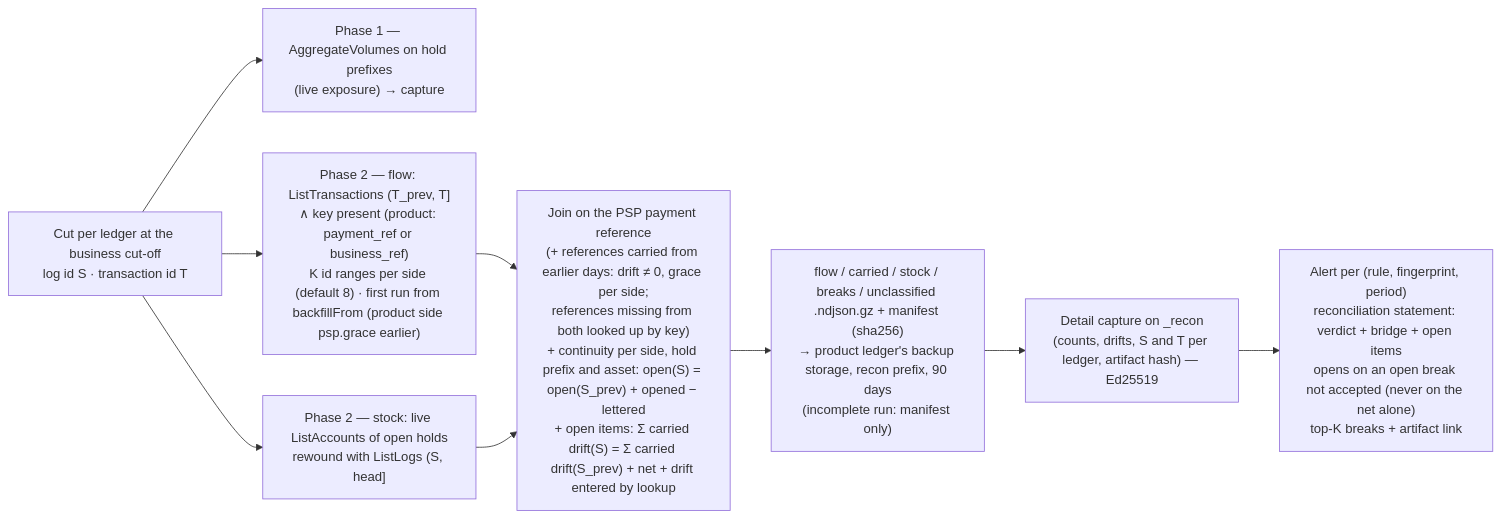
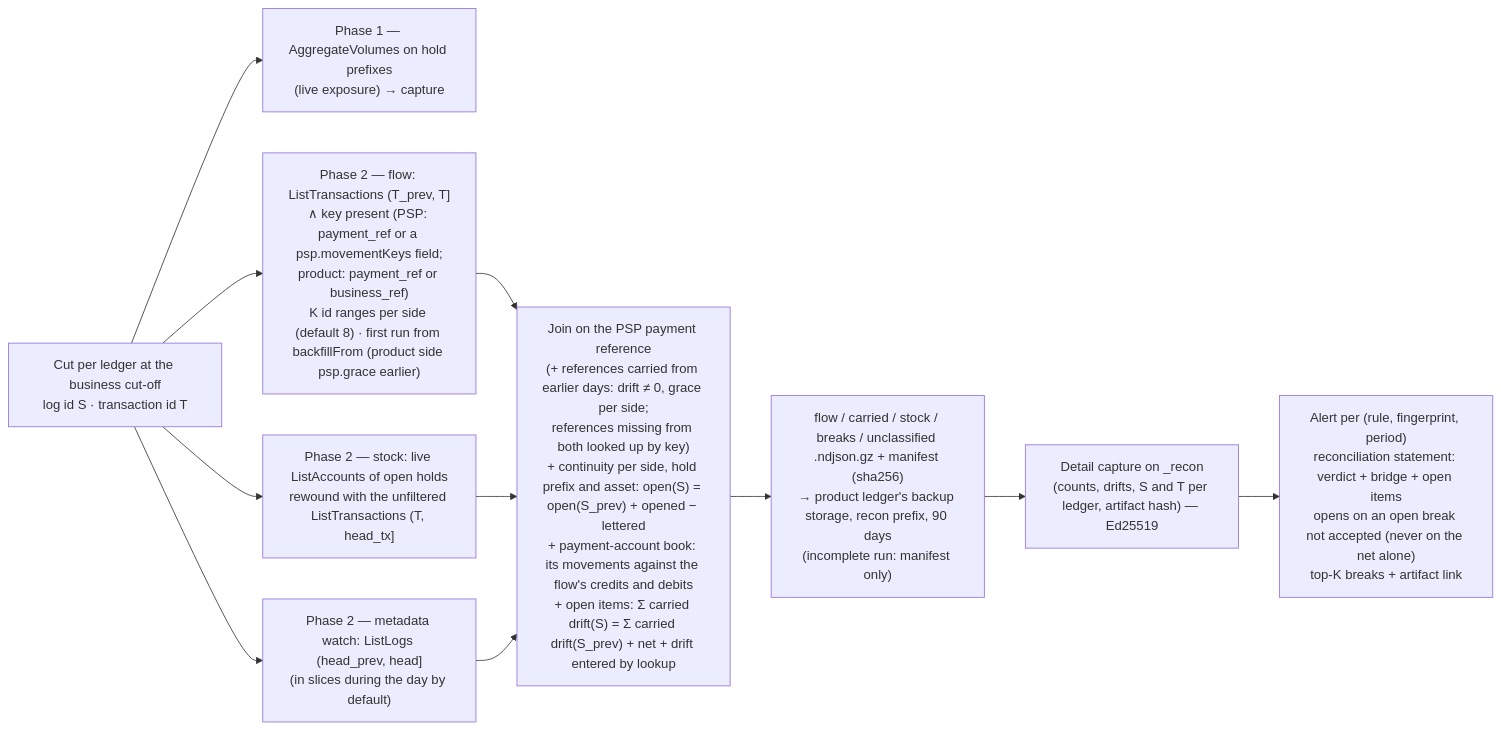
One commit to formancehq/reconciliation changed the ninth of 9 diagrams in docs/technical/workflows.md. Above: the diagram before and after it, drawn with Mermaid. The commit also changed other lines of this file and 5 other files, not shown here.

````diff
--- a/docs/technical/workflows.md
+++ b/docs/technical/workflows.md
@@ -326,11 +326,13 @@
 ```mermaid
 flowchart LR
     Cut["Cut per ledger at the business cut-off<br/>log id S · transaction id T"] --> Agg["Phase 1 — AggregateVolumes on hold prefixes<br/>(live exposure) → capture"]
-    Cut --> Flow["Phase 2 — flow: ListTransactions (T_prev, T]<br/>∧ key present (product: payment_ref or business_ref)<br/>K id ranges per side (default 8) · first run from backfillFrom (product side psp.grace earlier)"]
-    Cut --> Stock["Phase 2 — stock: live ListAccounts of open holds<br/>rewound with ListLogs (S, head]"]
-    Flow --> Join["Join on the PSP payment reference<br/>(+ references carried from earlier days: drift ≠ 0, grace per side;<br/>references missing from both looked up by key)<br/>+ continuity per side, hold prefix and asset: open(S) = open(S_prev) + opened − lettered<br/>+ open items: Σ carried drift(S) = Σ carried drift(S_prev) + net + drift entered by lookup"]
+    Cut --> Flow["Phase 2 — flow: ListTransactions (T_prev, T]<br/>∧ key present (PSP: payment_ref or a psp.movementKeys field;<br/>product: payment_ref or business_ref)<br/>K id ranges per side (default 8) · first run from backfillFrom (product side psp.grace earlier)"]
+    Cut --> Stock["Phase 2 — stock: live ListAccounts of open holds<br/>rewound with the unfiltered ListTransactions (T, head_tx]"]
+    Cut --> Watch["Phase 2 — metadata watch: ListLogs (head_prev, head]<br/>(in slices during the day by default)"]
+    Flow --> Join["Join on the PSP payment reference<br/>(+ references carried from earlier days: drift ≠ 0, grace per side;<br/>references missing from both looked up by key)<br/>+ continuity per side, hold prefix and asset: open(S) = open(S_prev) + opened − lettered<br/>+ payment-account book: its movements against the flow's credits and debits<br/>+ open items: Σ carried drift(S) = Σ carried drift(S_prev) + net + drift entered by lookup"]
     Stock --> Join
+    Watch --> Join
     Join --> Art["flow / carried / stock / breaks / unclassified .ndjson.gz + manifest (sha256)<br/>→ product ledger's backup storage, recon prefix, 90 days<br/>(incomplete run: manifest only)"]
     Art --> Cap["Detail capture on _recon<br/>(counts, drifts, S and T per ledger, artifact hash) — Ed25519"]
     Cap --> Alert["Alert per (rule, fingerprint, period)<br/>reconciliation statement: verdict + bridge + open items<br/>opens on an open break not accepted (never on the net alone)<br/>top-K breaks + artifact link"]
 ```
````
